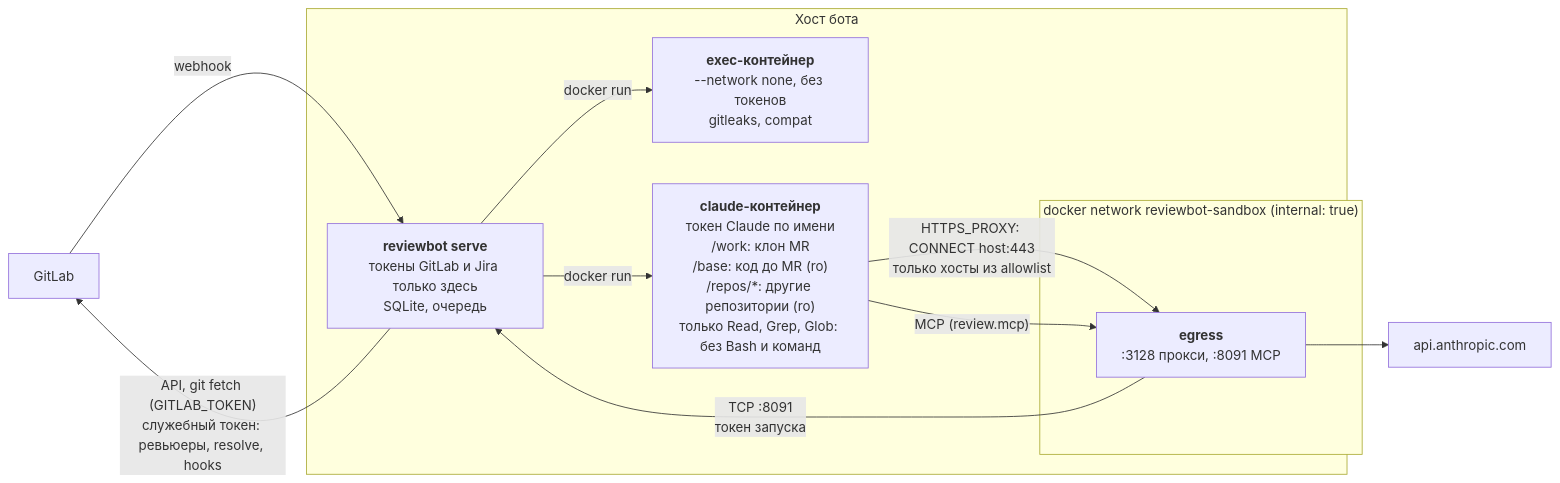
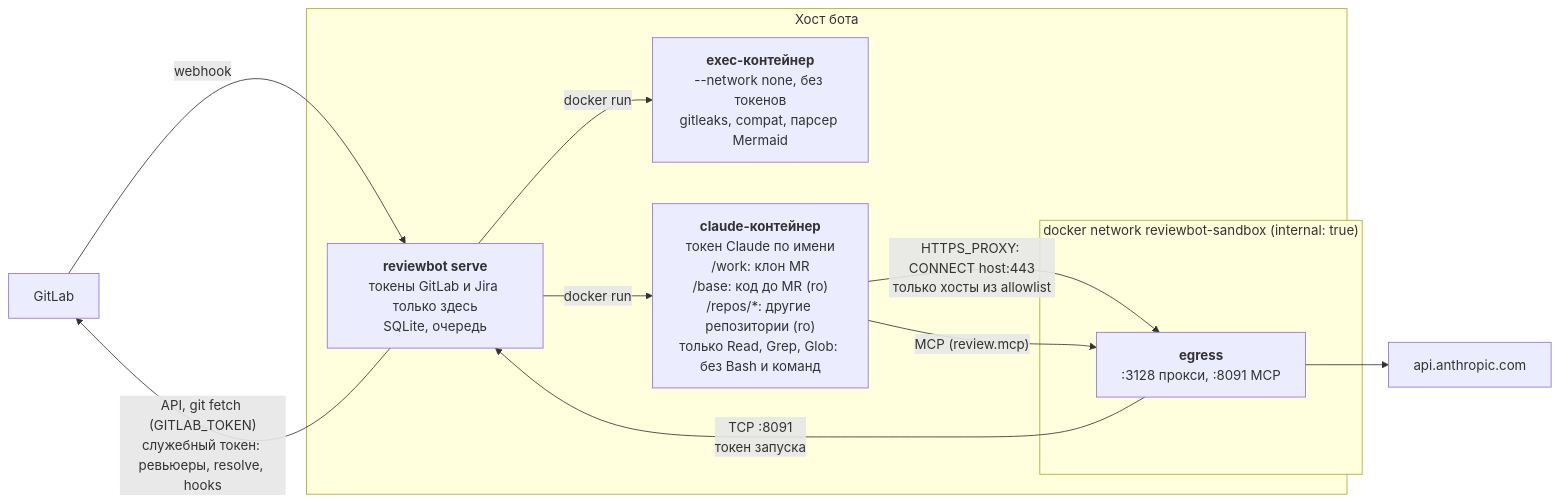
The diagram in docs/security.md (fixcik/gitlab-review-bot), drawn with Mermaid before and after one commit. The commit also changed other lines of this file and 3 other files, not shown here.

Commit message:
build(sandbox): mermaid parser for the summary diagram check

````diff
--- a/docs/security.md
+++ b/docs/security.md
@@ -26,23 +26,23 @@
 ```mermaid
 flowchart LR
     gl["GitLab"]
     api["api.anthropic.com"]
 
     subgraph host["Хост бота"]
         bot["<b>reviewbot serve</b><br/>токены GitLab и Jira только здесь<br/>SQLite, очередь"]
-        exec["<b>exec-контейнер</b><br/>--network none, без токенов<br/>gitleaks, compat"]
+        exec["<b>exec-контейнер</b><br/>--network none, без токенов<br/>gitleaks, compat, парсер Mermaid"]
         claude["<b>claude-контейнер</b><br/>токен Claude по имени<br/>/work: клон MR<br/>/base: код до MR (ro)<br/>/repos/*: другие репозитории (ro)<br/>только Read, Grep, Glob: без Bash и команд"]
         subgraph net["docker network reviewbot-sandbox (internal: true)"]
             egress["<b>egress</b><br/>:3128 прокси, :8091 MCP"]
         end
     end
 
     gl -- "webhook" --> bot
     bot -- "API, git fetch (GITLAB_TOKEN)<br/>служебный токен: ревьюеры, resolve, hooks" --> gl
     bot -- "docker run" --> exec
     bot -- "docker run" --> claude
     claude -- "HTTPS_PROXY: CONNECT host:443<br/>только хосты из allowlist" --> egress
     egress --> api
     claude -- "MCP (review.mcp)" --> egress
     egress -- "TCP :8091<br/>токен запуска" --> bot
 ```
````
